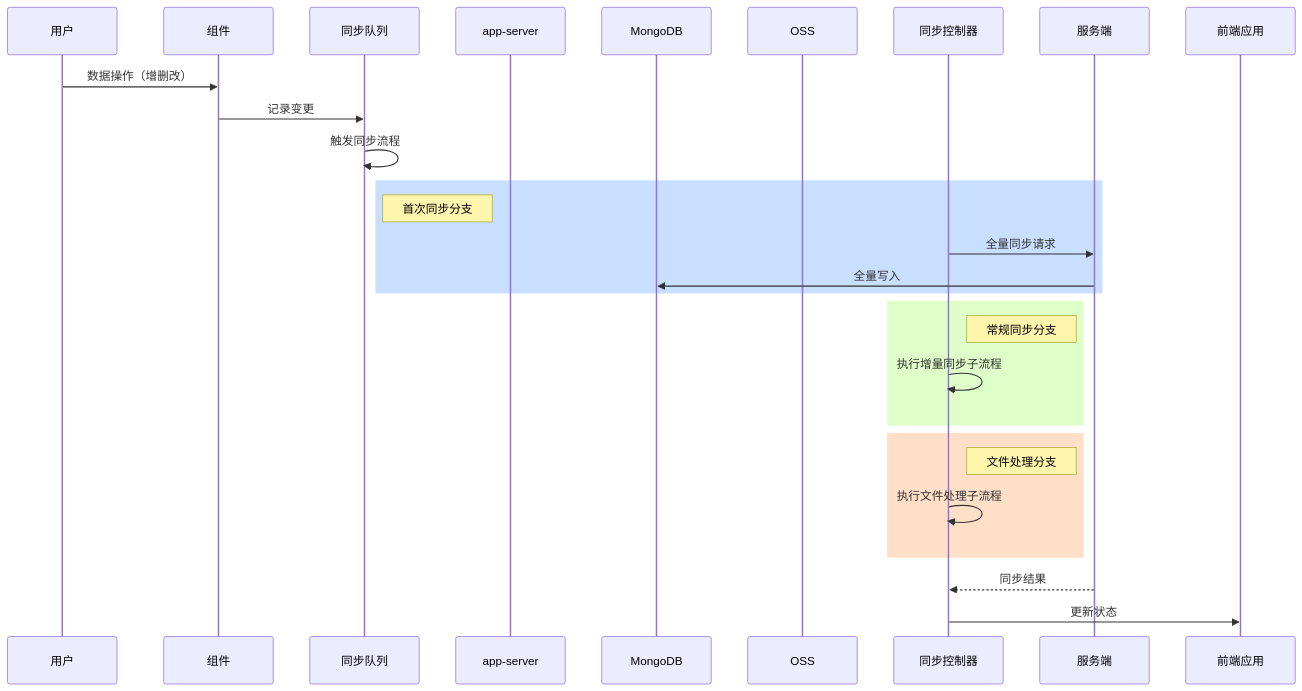
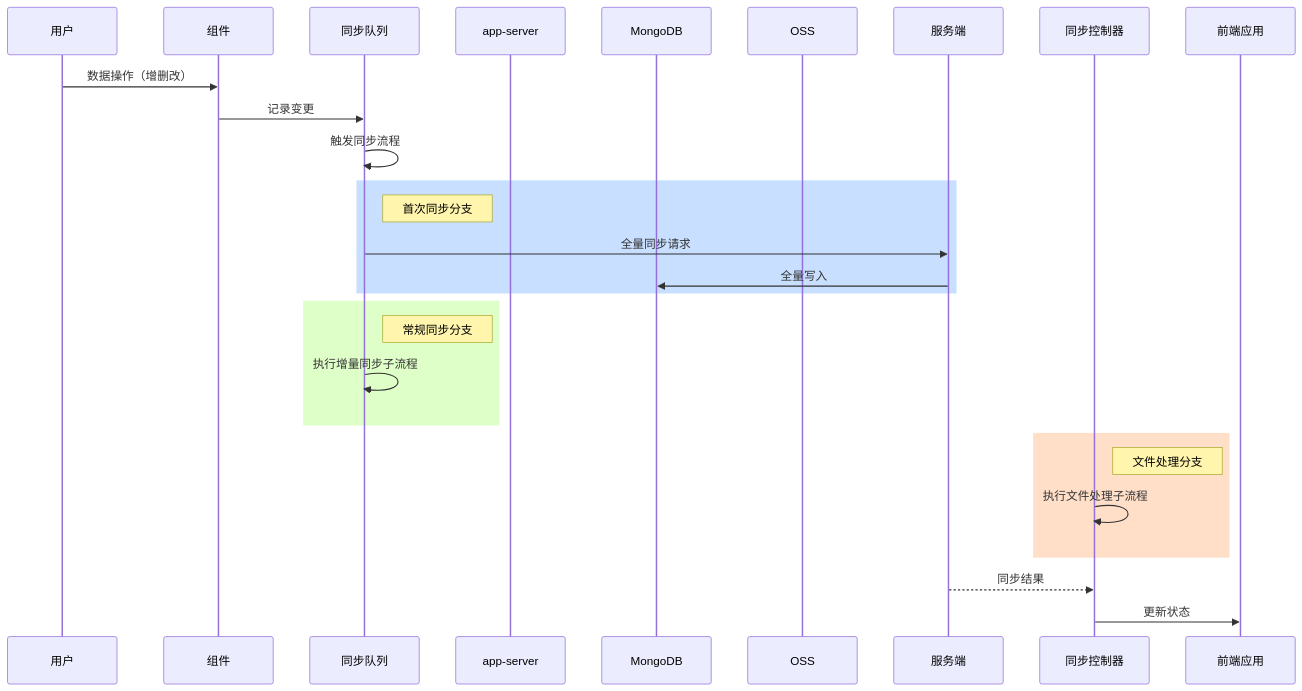
Before and after one commit to yingjianzh/iodraw-files: the diagram in all/未命名-24.md, drawn with Mermaid.

Commit message:
2025-02-21 18:21:23 update

````diff
--- a/all/未命名-24.md
+++ b/all/未命名-24.md
@@ -1,32 +1,32 @@
 ```mermaid
 sequenceDiagram
     participant 用户
     participant 组件
     participant 同步队列
     participant app-server
     participant MongoDB
     participant OSS
 
     用户->>组件: 数据操作（增删改）
     组件->>同步队列: 记录变更
     同步队列->>同步队列: 触发同步流程
     
     rect rgb(200,223,255)
     Note right of 同步队列: 首次同步分支
-    同步控制器->>服务端: 全量同步请求
+    同步队列->>服务端: 全量同步请求
     服务端->>MongoDB: 全量写入
     end
 
     rect rgb(223,255,200)
-    Note right of 同步控制器: 常规同步分支
-    同步控制器->>同步控制器: 执行增量同步子流程
+    Note right of 同步队列: 常规同步分支
+    同步队列->>同步队列: 执行增量同步子流程
     end
 
     rect rgb(255,223,200)
     Note right of 同步控制器: 文件处理分支
     同步控制器->>同步控制器: 执行文件处理子流程
     end
 
     服务端-->>同步控制器: 同步结果
     同步控制器->>前端应用: 更新状态
 ```
````
